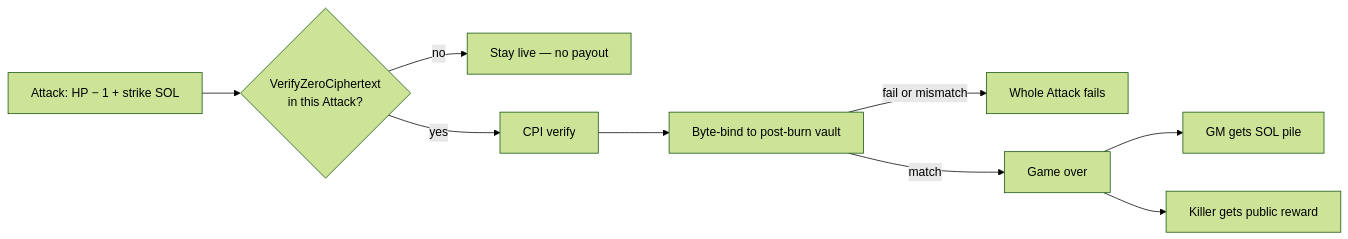
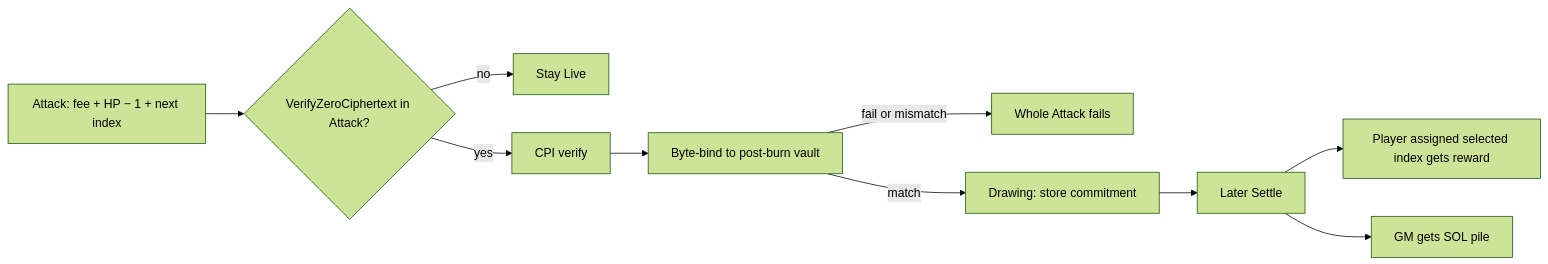
Before and after one commit to kilogold/confidential-pinata: the second of 2 diagrams in docs/program.md, drawn with Mermaid (forest theme). The commit also changed other lines of this file and 8 other files, not shown here.

````diff
--- a/docs/program.md
+++ b/docs/program.md
@@ -38,12 +43,13 @@
 ```mermaid
 flowchart LR
-  attack[Attack: HP − 1 + strike SOL]
-  attack --> proof{"VerifyZeroCiphertext<br/>in this Attack?"}
-  proof -->|no| live[Stay live — no payout]
+  attack[Attack: fee + HP − 1 + next index]
+  attack --> proof{VerifyZeroCiphertext in Attack?}
+  proof -->|no| live[Stay Live]
   proof -->|yes| cpi[CPI verify]
   cpi --> bind[Byte-bind to post-burn vault]
   bind -->|fail or mismatch| reject[Whole Attack fails]
-  bind -->|match| settle[Game over]
+  bind -->|match| drawing[Drawing: store commitment]
+  drawing --> settle[Later Settle]
+  settle --> winner[Player assigned selected index gets reward]
   settle --> gm[GM gets SOL pile]
-  settle --> killer[Killer gets public reward]
 ```
````
